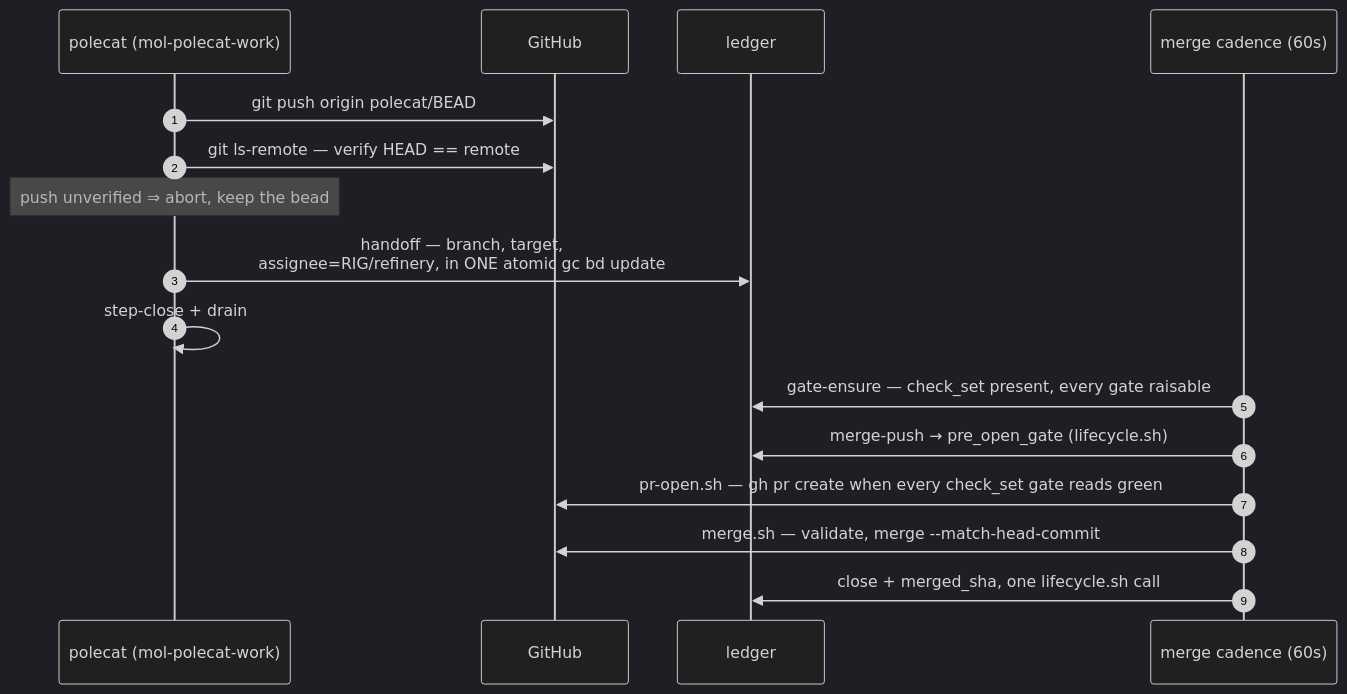
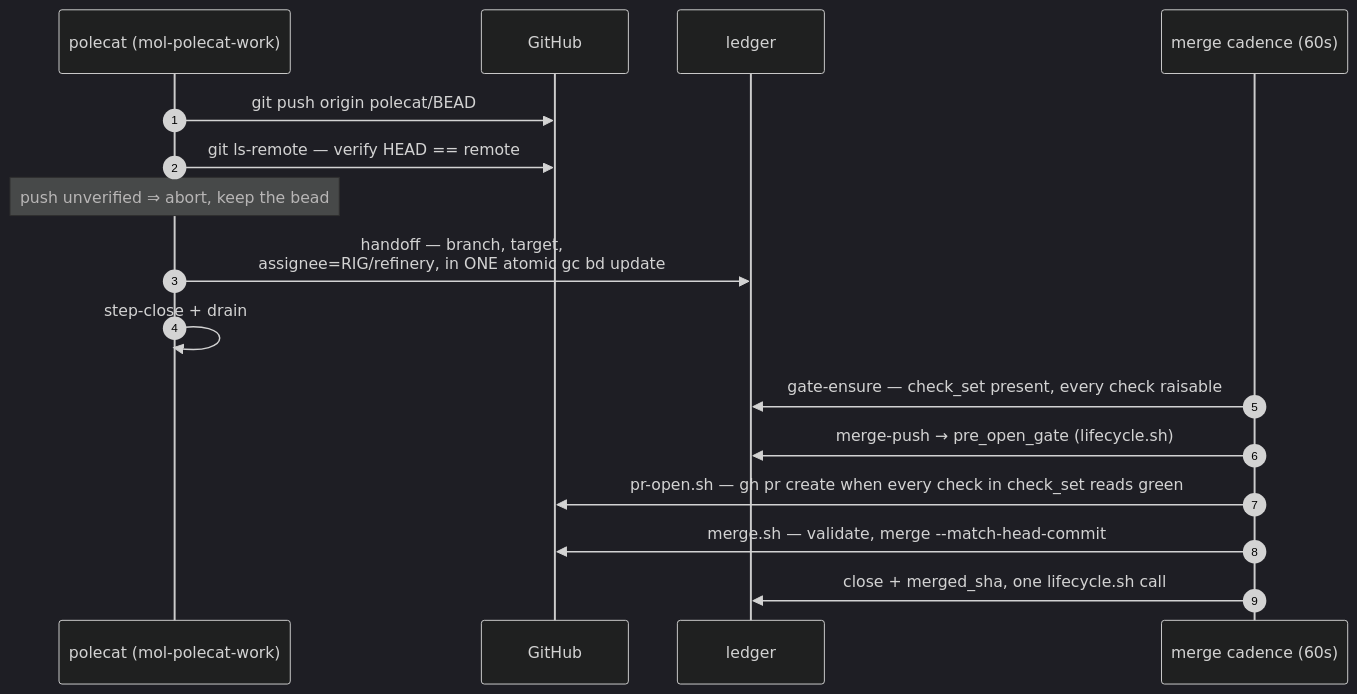
Before and after one commit to zookanalytics/gc-toolkit: the second of 2 diagrams in docs/state-machine.md, drawn with Mermaid (dark theme). The commit also changed other lines of this file and 16 other files, not shown here.

````diff
--- a/docs/state-machine.md
+++ b/docs/state-machine.md
@@ -468,18 +468,18 @@
 ```mermaid
 sequenceDiagram
   autonumber
   participant P as polecat (mol-polecat-work)
   participant G as GitHub
   participant L as ledger
   participant C as merge cadence (60s)
   P->>G: git push origin polecat/BEAD
   P->>G: git ls-remote — verify HEAD == remote
   Note over P: push unverified ⇒ abort, keep the bead
   P->>L: handoff — branch, target,<br/>assignee=RIG/refinery, in ONE atomic gc bd update
   P->>P: step-close + drain
-  C->>L: gate-ensure — check_set present, every gate raisable
+  C->>L: gate-ensure — check_set present, every check raisable
   C->>L: merge-push → pre_open_gate (lifecycle.sh)
-  C->>G: pr-open.sh — gh pr create when every check_set gate reads green
+  C->>G: pr-open.sh — gh pr create when every check in check_set reads green
   C->>G: merge.sh — validate, merge --match-head-commit
   C->>L: close + merged_sha, one lifecycle.sh call
 ```
````
